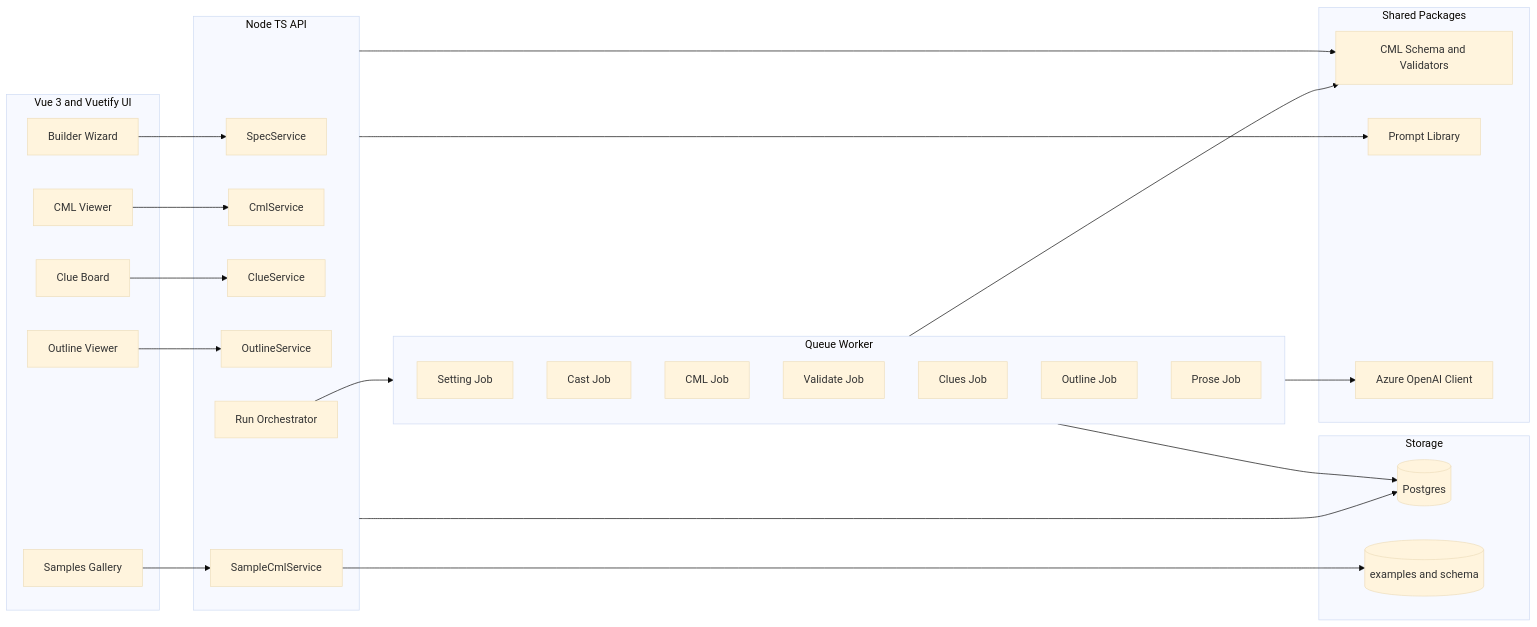
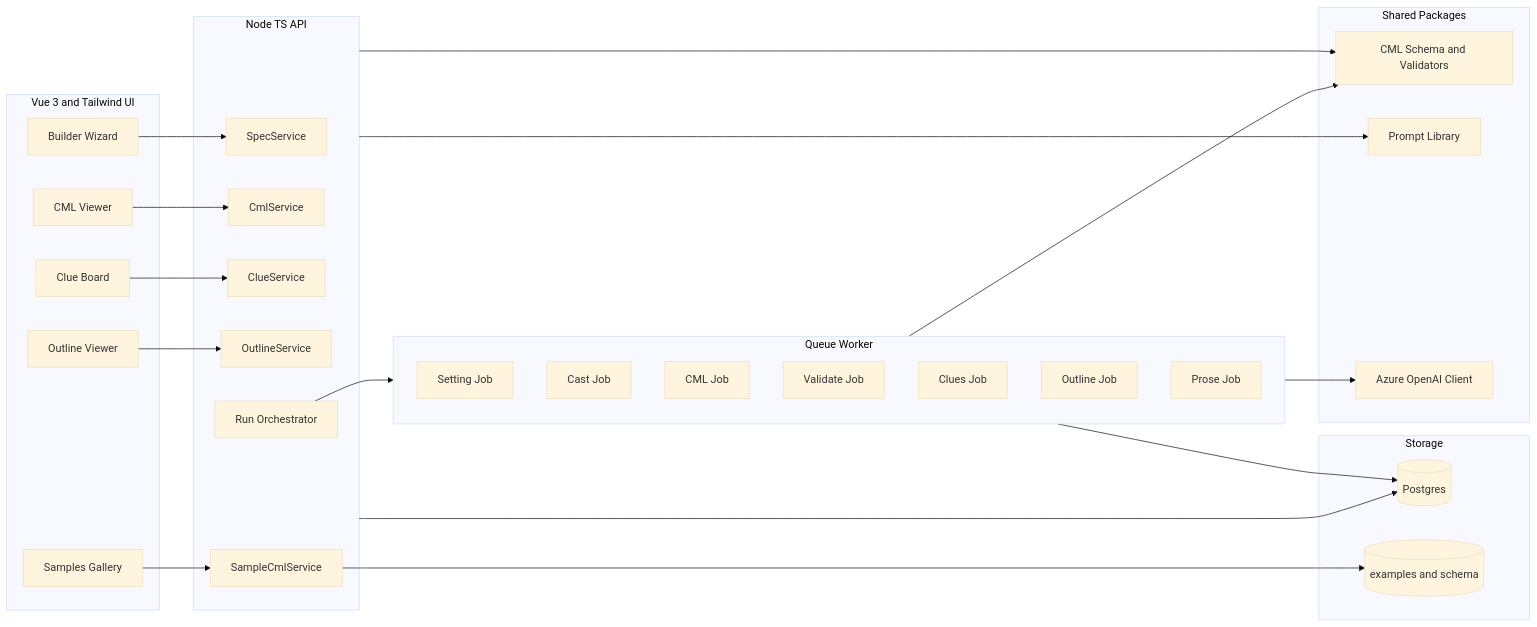
The second of 2 diagrams in multi_agent_whodunit_plan.md (andylelli/cml_01), drawn with Mermaid (base theme) before and after one commit. The commit also changed other lines of this file and 6 other files, not shown here.

````diff
--- a/multi_agent_whodunit_plan.md
+++ b/multi_agent_whodunit_plan.md
@@ -463,54 +463,54 @@
 ```mermaid
 flowchart LR
-  subgraph Web["Vue 3 and Vuetify UI"]
+  subgraph Web["Vue 3 and Tailwind UI"]
     W1[Builder Wizard]
     W2[CML Viewer]
     W3[Clue Board]
     W4[Outline Viewer]
     W5[Samples Gallery]
   end
 
   subgraph API["Node TS API"]
     A1[SpecService]
     A2[CmlService]
     A3[ClueService]
     A4[OutlineService]
     A5[Run Orchestrator]
     A6[SampleCmlService]
   end
 
   subgraph Worker[Queue Worker]
     J1[Setting Job]
     J2[Cast Job]
     J3[CML Job]
     J4[Validate Job]
     J5[Clues Job]
     J6[Outline Job]
     J7[Prose Job]
   end
 
   subgraph Shared["Shared Packages"]
     P1["CML Schema and Validators"]
     P2[Prompt Library]
     P3[Azure OpenAI Client]
   end
 
   subgraph Storage[Storage]
     DB[(Postgres)]
     FS[(examples and schema)]
   end
 
   W1 --> A1
   W2 --> A2
   W3 --> A3
   W4 --> A4
   W5 --> A6
   A5 --> Worker
   Worker --> P3
   API --> DB
   A6 --> FS
   Worker --> P1
   Worker --> DB
   API --> P1
   API --> P2
 ```
````
